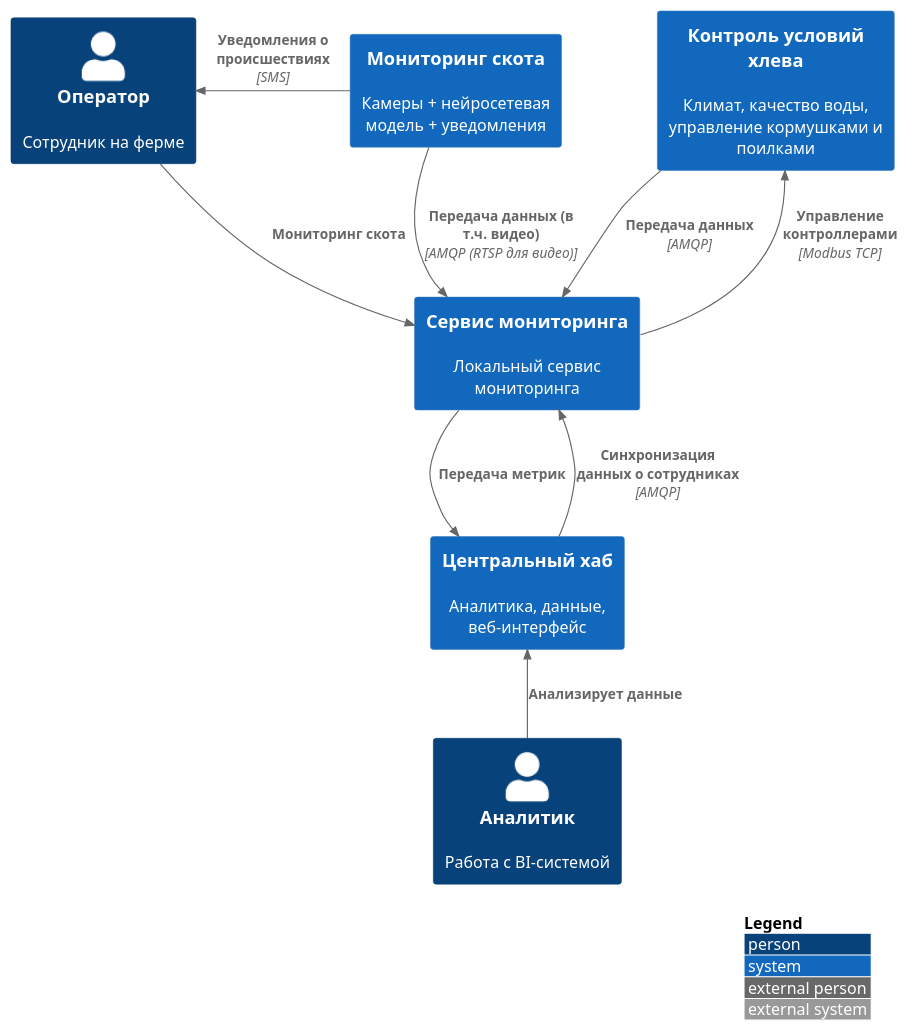
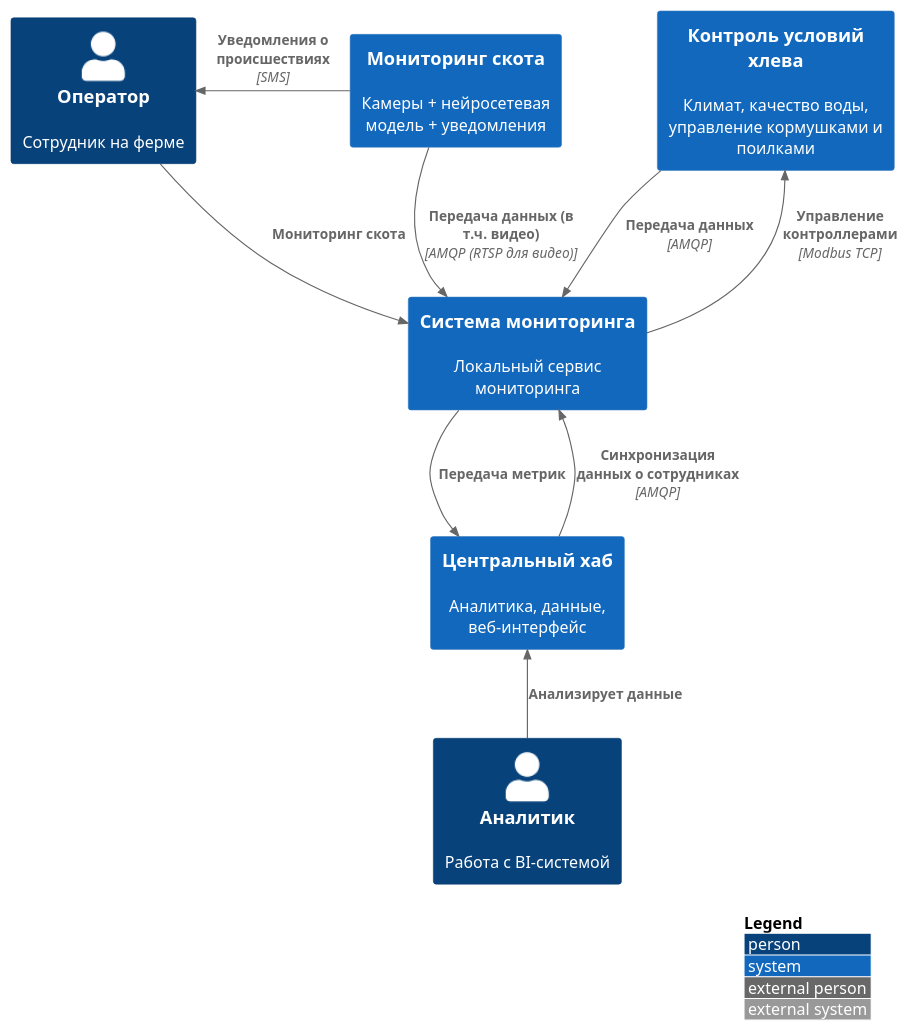
Before and after one commit to destonar/MSA-AgroTech: the diagram in Task1/distributed-с1.puml, drawn with PlantUML. The commit also changed 2 other files, not shown here.

Commit message:
Create C2 diagram for centralized approach

```diff
--- a/Task1/distributed-с1.puml
+++ b/Task1/distributed-с1.puml
@@ -1,26 +1,26 @@
 @startuml Agrotech Distributed System Context
 !include https://raw.githubusercontent.com/plantuml-stdlib/C4-PlantUML/master/C4_Context.puml
 
 Person(operator, "Оператор", "Сотрудник на ферме")
 Person(analytic, "Аналитик", "Работа с BI-системой")
 
 System(cattleMonitoring, "Мониторинг скота", "Камеры + нейросетевая модель + уведомления")
 System(conditionsControlService, "Контроль условий хлева", "Климат, качество воды, управление кормушками и поилками")
 
-System(localService, "Сервис мониторинга", "Локальный сервис мониторинга")
+System(localService, "Система мониторинга", "Локальный сервис мониторинга")
 
 System(centralHub, "Центральный хаб", "Аналитика, данные, веб-интерфейс")
 
 Rel_D(cattleMonitoring, localService, "Передача данных (в т.ч. видео)", "AMQP (RTSP для видео)")
 Rel_D(conditionsControlService, localService, "Передача данных", "AMQP")
 Rel_U(localService, conditionsControlService, "Управление контроллерами", "Modbus TCP")
 
 Rel_D(localService, centralHub, "Передача метрик")
 Rel_U(centralHub, localService, "Синхронизация данных о сотрудниках", "AMQP")
 
 Rel_R(operator, localService, "Мониторинг скота")
 Rel_L(cattleMonitoring, operator, "Уведомления о происшествиях", "SMS")
 Rel_U(analytic, centralHub, "Анализирует данные")
 
 LAYOUT_WITH_LEGEND()
 @enduml
```
